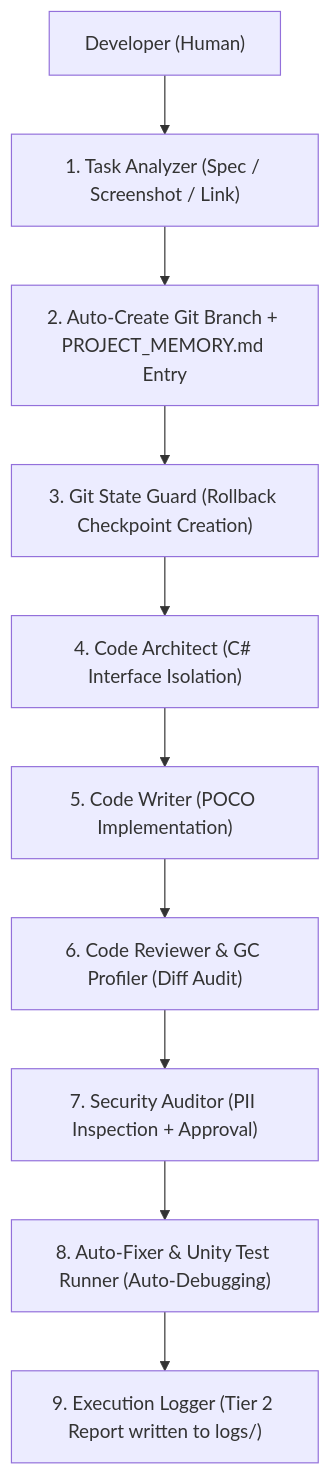
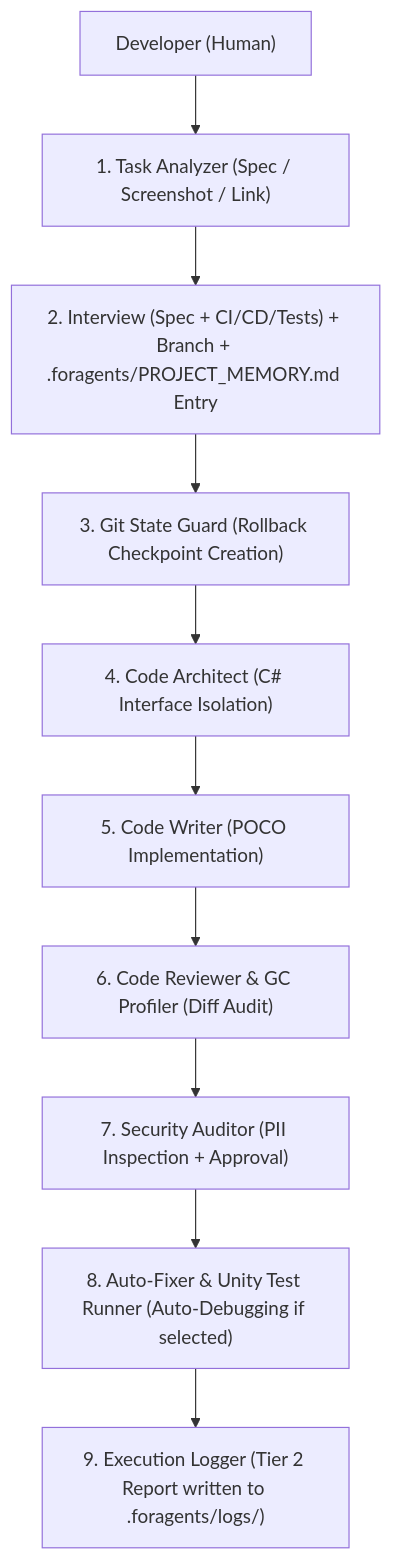
One commit to ReenBo/unity6-ai-workflow changed the diagram in DOCUMENTATION.md. Above: the diagram before and after it, drawn with Mermaid. The commit also changed other lines of this file and 16 other files, not shown here.

Commit message:
feat(workflow): separate project data to .foragents and add Developer Interview for CI/CD

````diff
--- a/DOCUMENTATION.md
+++ b/DOCUMENTATION.md
@@ -36,12 +36,12 @@
 ```mermaid
 graph TD
     User["Developer (Human)"] --> TaskAnalyzer["1. Task Analyzer (Spec / Screenshot / Link)"]
-    TaskAnalyzer --> Branch["2. Auto-Create Git Branch + PROJECT_MEMORY.md Entry"]
+    TaskAnalyzer --> Branch["2. Interview (Spec + CI/CD/Tests) + Branch + .foragents/PROJECT_MEMORY.md Entry"]
     Branch --> StateGuard["3. Git State Guard (Rollback Checkpoint Creation)"]
     StateGuard --> Architect["4. Code Architect (C# Interface Isolation)"]
     Architect --> Writer["5. Code Writer (POCO Implementation)"]
     Writer --> Reviewer["6. Code Reviewer & GC Profiler (Diff Audit)"]
     Reviewer --> Security["7. Security Auditor (PII Inspection + Approval)"]
-    Security --> Fixer["8. Auto-Fixer & Unity Test Runner (Auto-Debugging)"]
-    Fixer --> Logs["9. Execution Logger (Tier 2 Report written to logs/)"]
+    Security --> Fixer["8. Auto-Fixer & Unity Test Runner (Auto-Debugging if selected)"]
+    Fixer --> Logs["9. Execution Logger (Tier 2 Report written to .foragents/logs/)"]
 ```
````
